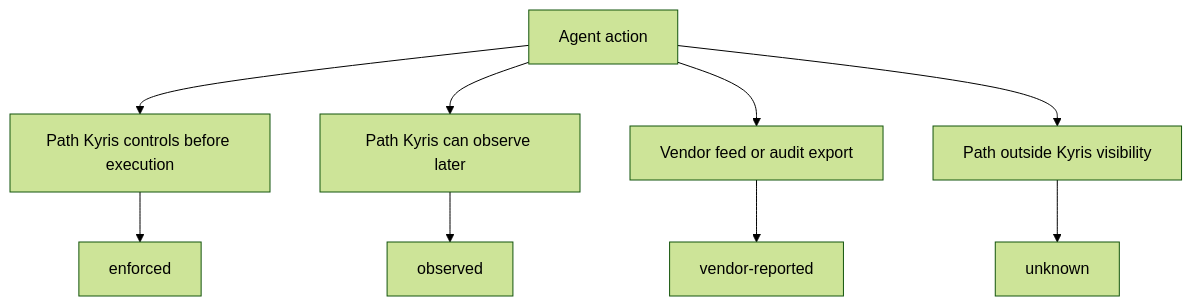
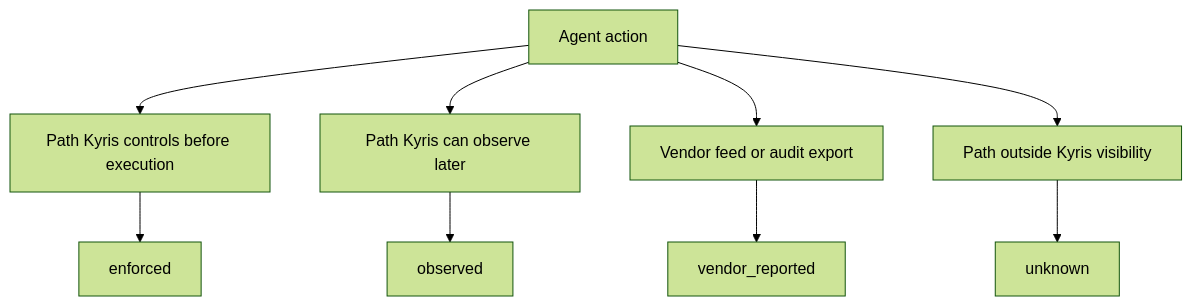
One commit to kyr-is/kyris changed the second of 5 diagrams in README.md. Above: the diagram before and after it, drawn with Mermaid (forest theme). The commit also changed other lines of this file and 59 other files, not shown here.

````diff
--- a/README.md
+++ b/README.md
@@ -287,18 +285,18 @@
 ```mermaid
 flowchart TD
   agentAction[Agent action]
   governedPath[Path Kyris controls before execution]
   seenLater[Path Kyris can observe later]
   vendorFeed[Vendor feed or audit export]
   blindPath[Path outside Kyris visibility]
 
   enforced[enforced]
   observed[observed]
-  vendorReported[vendor-reported]
+  vendorReported[vendor_reported]
   unknown[unknown]
 
   agentAction --> governedPath --> enforced
   agentAction --> seenLater --> observed
   agentAction --> vendorFeed --> vendorReported
   agentAction --> blindPath --> unknown
 ```
````
